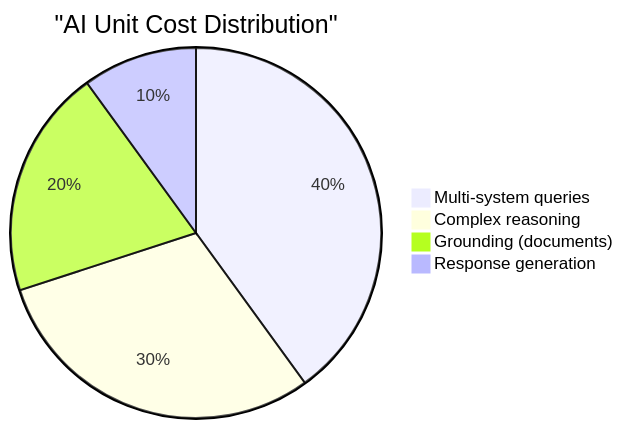
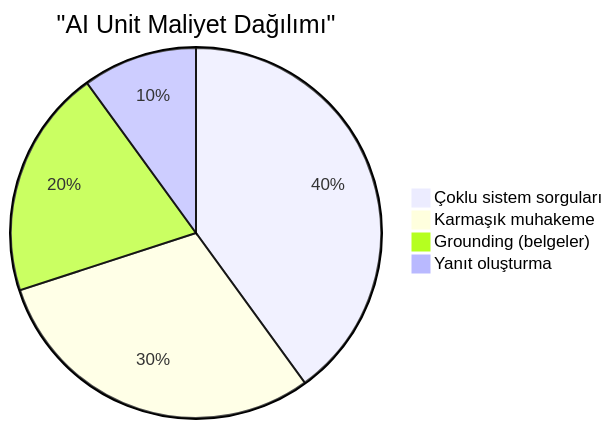
One commit to beyhanmeyrali/sap-all changed the fourth of 7 diagrams in Technical Tutorials/BTP/TR/chapters/14-c-level-agents.md. Above: the diagram before and after it, drawn with Mermaid. The commit also changed other lines of this file and 11 other files, not shown here.

````diff
--- a/Technical Tutorials/BTP/TR/chapters/14-c-level-agents.md
+++ b/Technical Tutorials/BTP/TR/chapters/14-c-level-agents.md
@@ -225,7 +226,7 @@
 ```mermaid
-pie title "AI Unit Cost Distribution"
-    "Multi-system queries" : 40
-    "Complex reasoning" : 30
-    "Grounding (documents)" : 20
-    "Response generation" : 10
+pie title "AI Unit Maliyet Dağılımı"
+    "Çoklu sistem sorguları" : 40
+    "Karmaşık muhakeme" : 30
+    "Grounding (belgeler)" : 20
+    "Yanıt oluşturma" : 10
 ```
````
